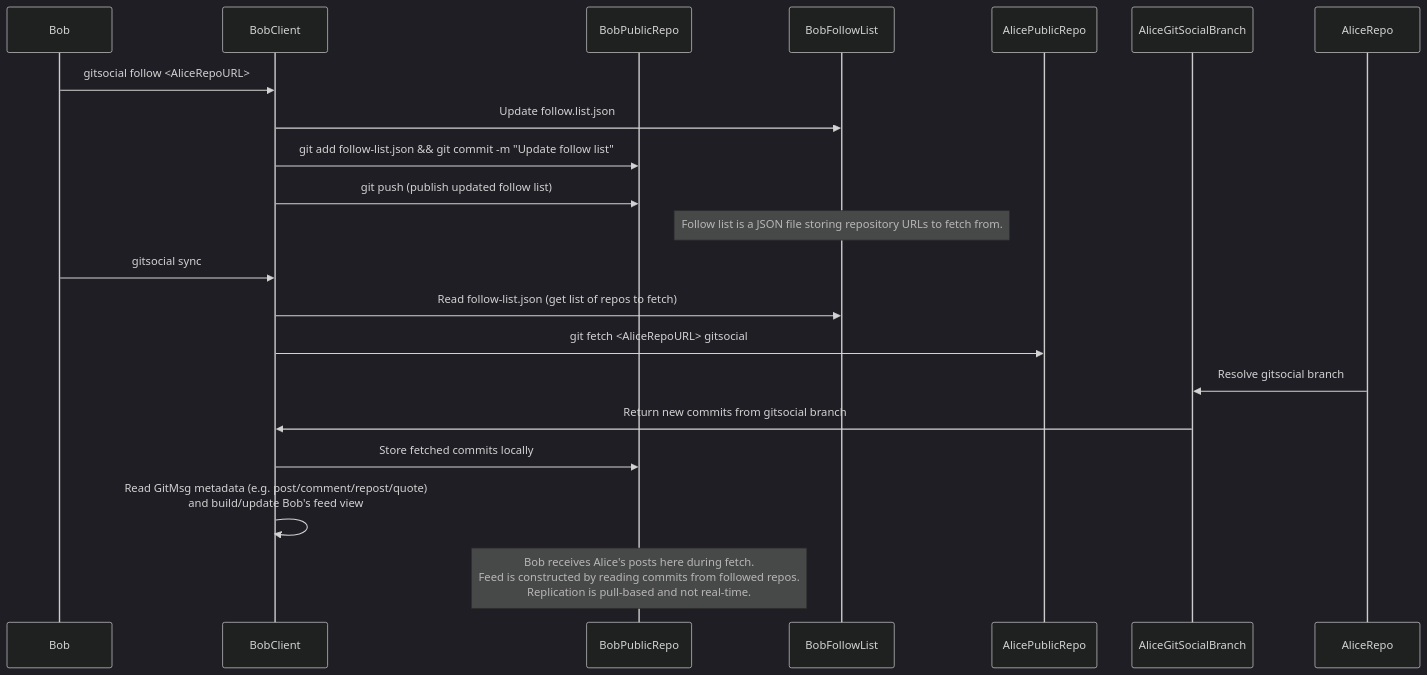
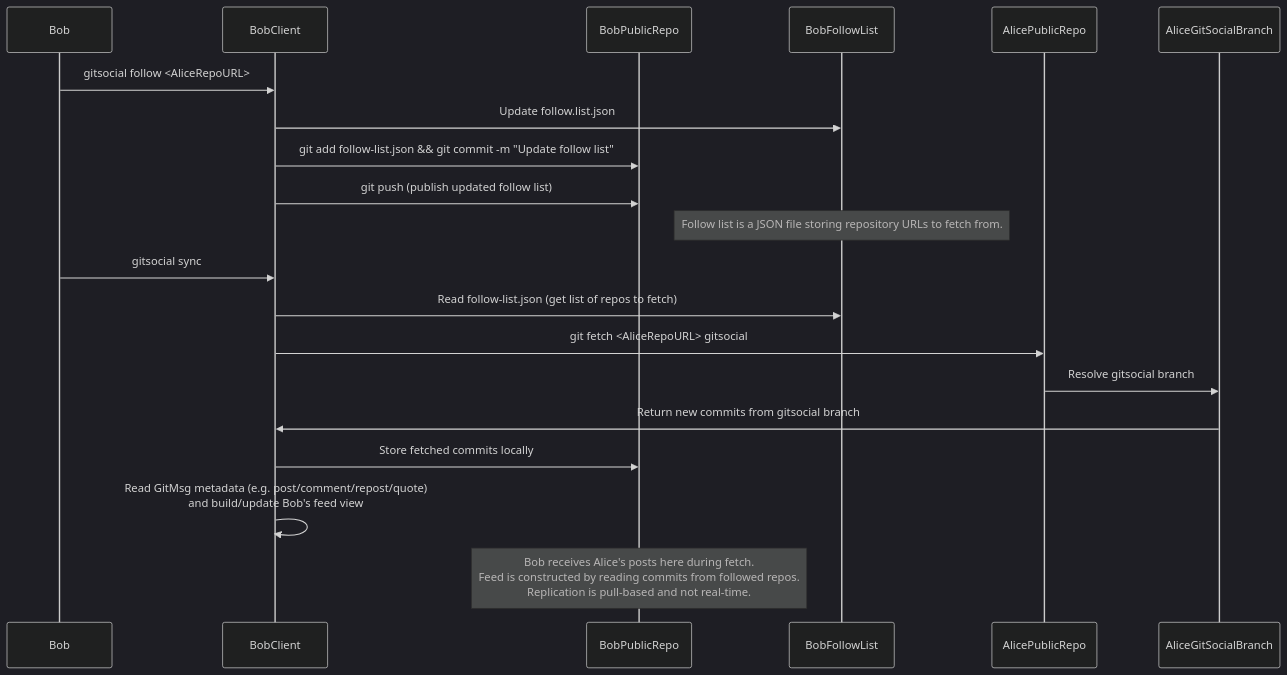
The tenth of 10 diagrams in alternatives.md (gargster/ELEC4712_Decentralised_Blog), drawn with Mermaid (dark theme) before and after one commit.

Commit message:
even more fixes to following/replication

````diff
--- a/alternatives.md
+++ b/alternatives.md
@@ -194,28 +194,28 @@
 ```mermaid
 sequenceDiagram
     participant Bob
     participant BobClient as BobClient
     participant BobPublicRepo as BobPublicRepo
     participant BobFollowList as BobFollowList
     participant AlicePublicRepo as AlicePublicRepo
     participant AliceGitSocialBranch as AliceGitSocialBranch
 
     Bob->>BobClient: gitsocial follow <AliceRepoURL>
     BobClient->>BobFollowList: Update follow.list.json 
     BobClient->>BobPublicRepo: git add follow-list.json && git commit -m "Update follow list"
     BobClient->>BobPublicRepo: git push (publish updated follow list)
 
     Note over BobFollowList: Follow list is a JSON file storing repository URLs to fetch from.
 
     Bob->>BobClient: gitsocial sync
     BobClient->>BobFollowList: Read follow-list.json (get list of repos to fetch)
 
     BobClient->>AlicePublicRepo: git fetch <AliceRepoURL> gitsocial
-    AliceRepo->>AliceGitSocialBranch: Resolve gitsocial branch
+    AlicePublicRepo->>AliceGitSocialBranch: Resolve gitsocial branch
     AliceGitSocialBranch->>BobClient: Return new commits from gitsocial branch
 
     BobClient->>BobPublicRepo: Store fetched commits locally
     BobClient->>BobClient: Read GitMsg metadata (e.g. post/comment/repost/quote)<br>and build/update Bob's feed view
 
     Note over BobPublicRepo: Bob receives Alice's posts here during fetch.<br>Feed is constructed by reading commits from followed repos.<br>Replication is pull-based and not real-time.
 ```
````
